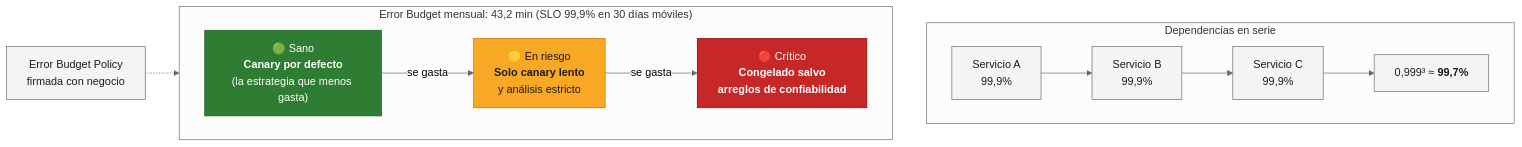
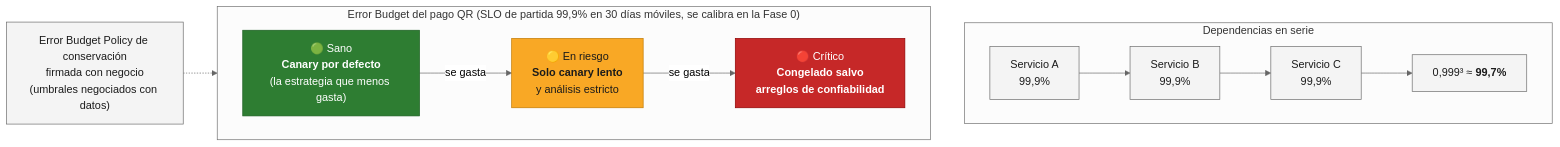
The third of 12 diagrams in devops-senior/temas/25-davivienda-sre-observabilidad/presentacion-libreto.md (locosebas/necesidadesYGrafos), drawn with Mermaid (neutral theme) before and after one commit. The commit also changed other lines of this file, not shown here.

Commit message:
Reescribir el libreto (versión 2) con las decisiones revisadas del análisis de alternativas

````diff
--- a/devops-senior/temas/25-davivienda-sre-observabilidad/presentacion-libreto.md
+++ b/devops-senior/temas/25-davivienda-sre-observabilidad/presentacion-libreto.md
@@ -179,27 +206,27 @@
 ```mermaid
 flowchart LR
-    subgraph eb["Error Budget mensual: 43,2 min (SLO 99,9% en 30 días móviles)"]
+    subgraph eb["Error Budget del pago QR (SLO de partida 99,9% en 30 días móviles, se calibra en la Fase 0)"]
         direction LR
         verde["🟢 Sano<br/><b>Canary por defecto</b><br/>(la estrategia que menos gasta)"]
         amarillo["🟡 En riesgo<br/><b>Solo canary lento</b><br/>y análisis estricto"]
         rojo["🔴 Crítico<br/><b>Congelado salvo<br/>arreglos de confiabilidad</b>"]
         verde -- "se gasta" --> amarillo -- "se gasta" --> rojo
     end
 
     subgraph serie["Dependencias en serie"]
         direction LR
         s1["Servicio A<br/>99,9%"] --> s2["Servicio B<br/>99,9%"] --> s3["Servicio C<br/>99,9%"] --> total["0,999³ ≈ <b>99,7%</b>"]
     end
 
-    politica["Error Budget Policy<br/>firmada con negocio"] -.-> eb
+    politica["Error Budget Policy de conservación<br/>firmada con negocio<br/>(umbrales negociados con datos)"] -.-> eb
     eb ~~~ serie
 
     classDef ok fill:#2e7d32,stroke:#1b5e20,color:#ffffff
     classDef warn fill:#f9a825,stroke:#c17900,color:#1b1b1b
     classDef bad fill:#c62828,stroke:#8e0000,color:#ffffff
     classDef nota fill:#f4f4f4,stroke:#6b6b6b,color:#1b1b1b
     class verde ok
     class amarillo warn
     class rojo bad
     class s1,s2,s3,total,politica nota
 ```
````
